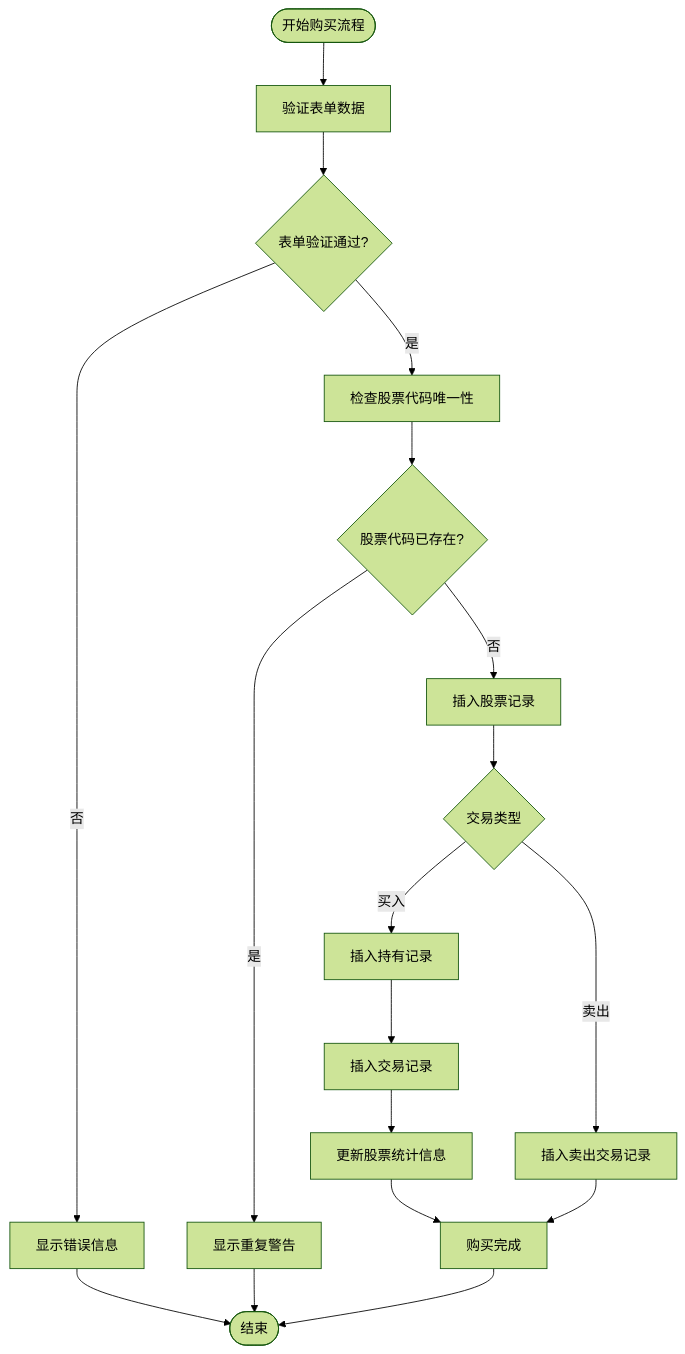
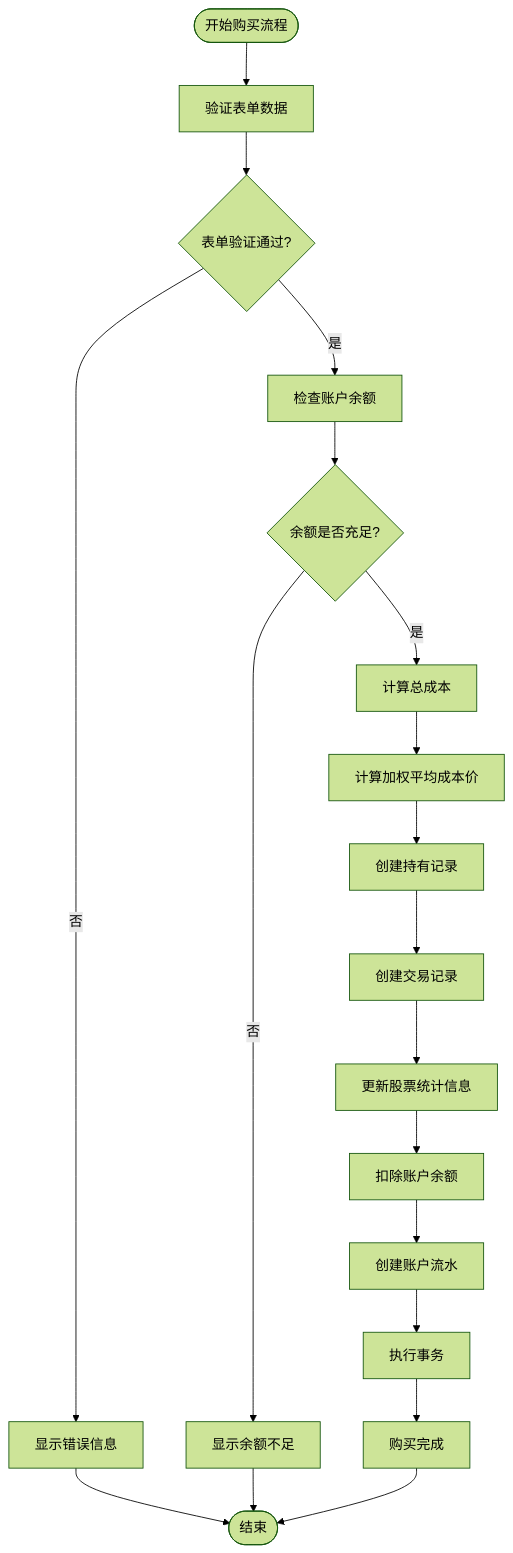
One commit to xiao-lin-unit/yuan changed the fourth of 11 diagrams in .qoder/repowiki/zh/content/资产管理/股票管理.md. Above: the diagram before and after it, drawn with Mermaid (forest theme). The commit also changed other lines of this file and 37 other files, not shown here.

````diff
--- a/.qoder/repowiki/zh/content/资产管理/股票管理.md
+++ b/.qoder/repowiki/zh/content/资产管理/股票管理.md
@@ -131,20 +200,21 @@
 ```mermaid
 flowchart TD
 Start([开始购买流程]) --> ValidateForm["验证表单数据"]
 ValidateForm --> FormValid{"表单验证通过?"}
 FormValid --> |否| ShowError["显示错误信息"]
 ShowError --> End([结束])
-FormValid --> |是| CheckCode["检查股票代码唯一性"]
-CheckCode --> CodeExists{"股票代码已存在?"}
-CodeExists --> |是| ShowDuplicate["显示重复警告"]
-ShowDuplicate --> End
-CodeExists --> |否| InsertStock["插入股票记录"]
-InsertStock --> TypeCheck{"交易类型"}
-TypeCheck --> |买入| InsertHolding["插入持有记录"]
-InsertHolding --> InsertTransaction["插入交易记录"]
-InsertTransaction --> UpdateStock["更新股票统计信息"]
-UpdateStock --> Success["购买完成"]
-TypeCheck --> |卖出| InsertSellTransaction["插入卖出交易记录"]
-InsertSellTransaction --> Success
+FormValid --> |是| CheckBalance["检查账户余额"]
+CheckBalance --> BalanceEnough{"余额是否充足?"}
+BalanceEnough --> |否| ShowInsufficient["显示余额不足"]
+ShowInsufficient --> End
+BalanceEnough --> |是| CalcCost["计算总成本"]
+CalcCost --> CalcAvgPrice["计算加权平均成本价"]
+CalcAvgPrice --> CreateHolding["创建持有记录"]
+CreateHolding --> CreateTransaction["创建交易记录"]
+CreateTransaction --> UpdateStock["更新股票统计信息"]
+UpdateStock --> DeductBalance["扣除账户余额"]
+DeductBalance --> CreateAccountTxn["创建账户流水"]
+CreateAccountTxn --> ExecuteTxn["执行事务"]
+ExecuteTxn --> Success["购买完成"]
 Success --> End
 ```
````
